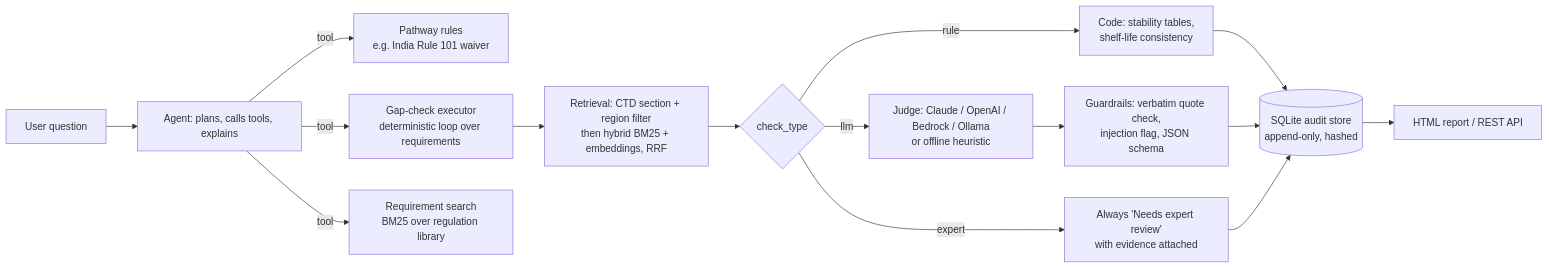
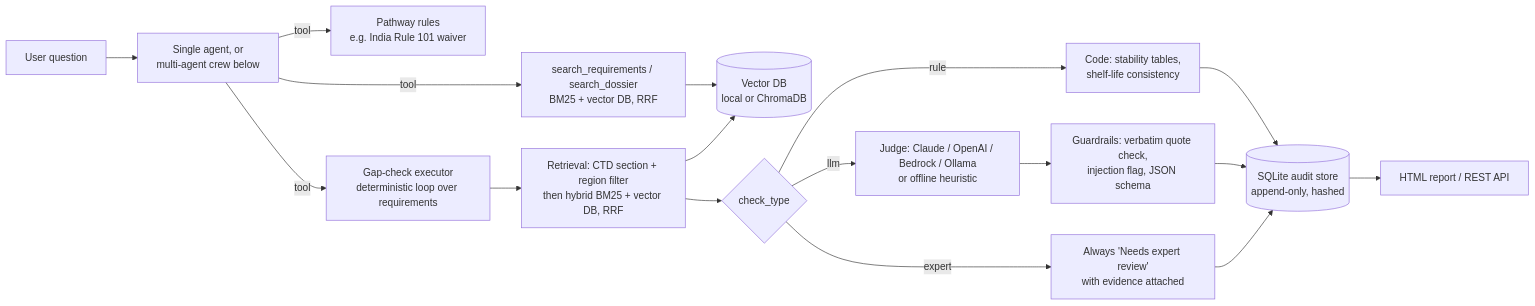
Before and after one commit to vishnuDvardhan/pharma-gap-agent: the first of 2 diagrams in README.md, drawn with Mermaid. The commit also changed other lines of this file and 1 other file, not shown here.

First line of the commit message:
Document the vector database and multi-agent crew

````diff
--- a/README.md
+++ b/README.md
@@ -21,15 +24,17 @@
 ```mermaid
 flowchart LR
-  Q[User question] --> A[Agent: plans, calls tools, explains]
+  Q[User question] --> A[Single agent, or<br/>multi-agent crew below]
   A -->|tool| P[Pathway rules<br/>e.g. India Rule 101 waiver]
   A -->|tool| G[Gap-check executor<br/>deterministic loop over requirements]
-  A -->|tool| S[Requirement search<br/>BM25 over regulation library]
-  G --> R[Retrieval: CTD section + region filter<br/>then hybrid BM25 + embeddings, RRF]
+  A -->|tool| S[search_requirements / search_dossier<br/>BM25 + vector DB, RRF]
+  S --> VDB[(Vector DB<br/>local or ChromaDB)]
+  G --> R[Retrieval: CTD section + region filter<br/>then hybrid BM25 + vector DB, RRF]
+  R --> VDB
   R --> J{check_type}
   J -->|rule| RU[Code: stability tables,<br/>shelf-life consistency]
   J -->|llm| L[Judge: Claude / OpenAI / Bedrock / Ollama<br/>or offline heuristic]
   J -->|expert| E[Always 'Needs expert review'<br/>with evidence attached]
   L --> V[Guardrails: verbatim quote check,<br/>injection flag, JSON schema]
   RU & V & E --> DB[(SQLite audit store<br/>append-only, hashed)]
   DB --> H[HTML report / REST API]
 ```
````
